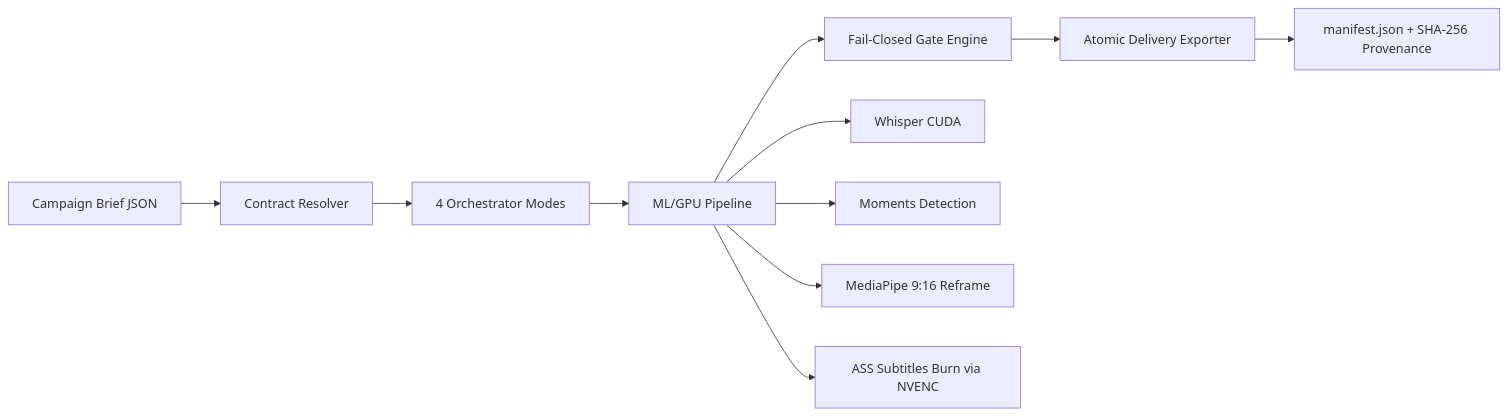
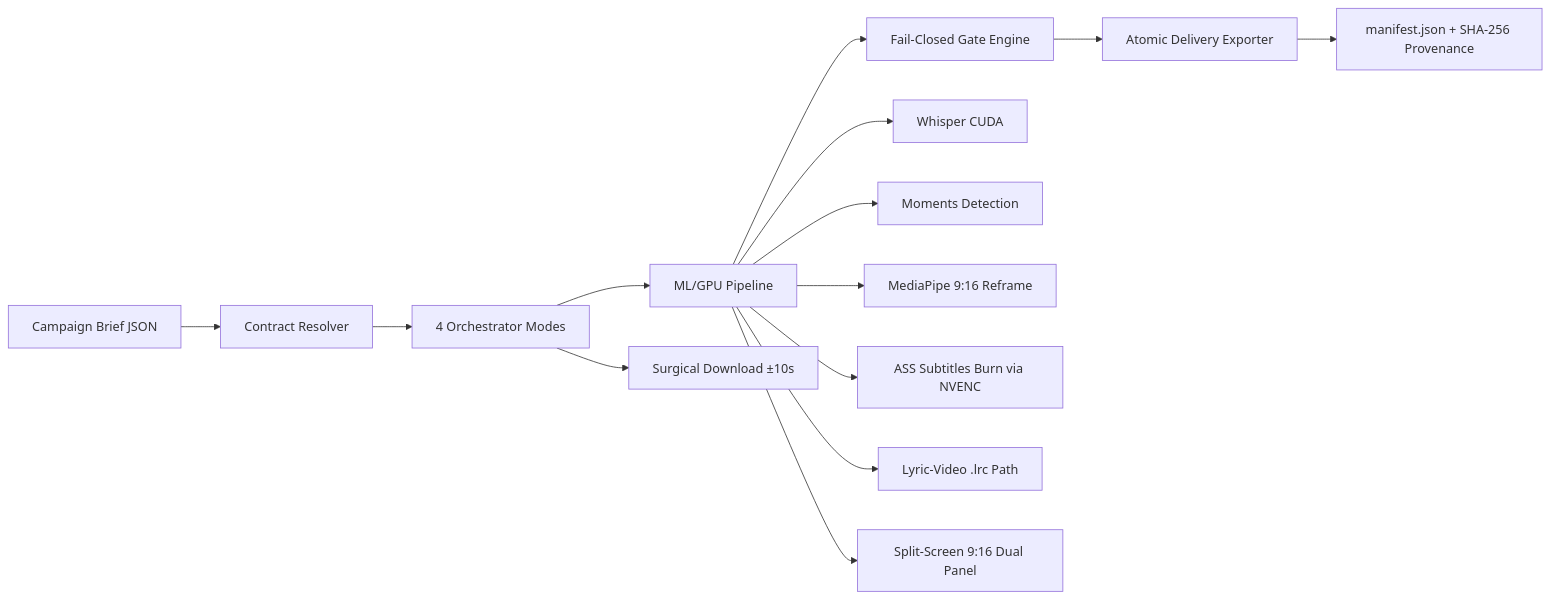
Before and after one commit to KevinGracianoL/kliptych: the diagram in README.md, drawn with Mermaid. The commit also changed other lines of this file, not shown here.

````diff
--- a/README.md
+++ b/README.md
@@ -81,13 +102,16 @@
 ```mermaid
 flowchart LR
     A[Campaign Brief JSON] --> B[Contract Resolver]
     B --> C[4 Orchestrator Modes]
     C --> D[ML/GPU Pipeline]
     D --> E[Fail-Closed Gate Engine]
     E --> F[Atomic Delivery Exporter]
     D --> G[Whisper CUDA]
     D --> H[Moments Detection]
     D --> I[MediaPipe 9:16 Reframe]
     D --> J[ASS Subtitles Burn via NVENC]
-    F --> K[manifest.json + SHA-256 Provenance]
+    C --> K[Surgical Download ±10s]
+    D --> L[Lyric-Video .lrc Path]
+    D --> M[Split-Screen 9:16 Dual Panel]
+    F --> N[manifest.json + SHA-256 Provenance]
 ```
````
